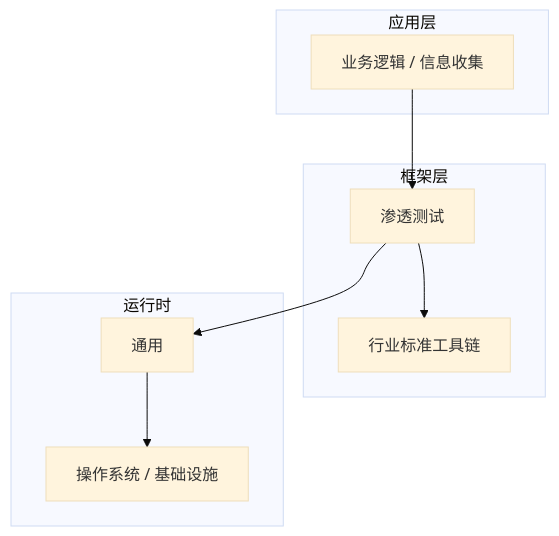
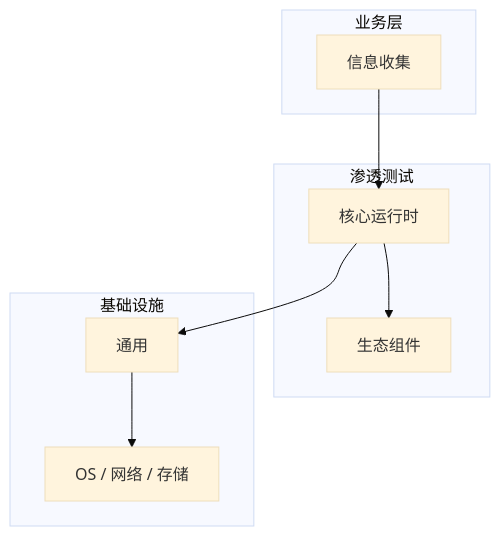
The diagram in articles/渗透测试/chapters/008-信息收集核心概念与原理.md (yanggan2015/knowledge-json-v2), drawn with Mermaid (base theme) before and after one commit. The commit also changed other lines of this file and 10127 other files, not shown here.

````diff
--- a/articles/渗透测试/chapters/008-信息收集核心概念与原理.md
+++ b/articles/渗透测试/chapters/008-信息收集核心概念与原理.md
@@ -46,18 +31,18 @@
 ```mermaid
 graph TB
-    subgraph 应用层
-        A[业务逻辑 / 信息收集]
+    subgraph 业务层
+        A[信息收集]
     end
-    subgraph 框架层
-        B[渗透测试]
-        C[行业标准工具链]
+    subgraph 渗透测试
+        B[核心运行时]
+        C[生态组件]
     end
-    subgraph 运行时
+    subgraph 基础设施
         D[通用]
-        E[操作系统 / 基础设施]
+        E[OS / 网络 / 存储]
     end
     A --> B
     B --> C
     B --> D
     D --> E
 ```
````
